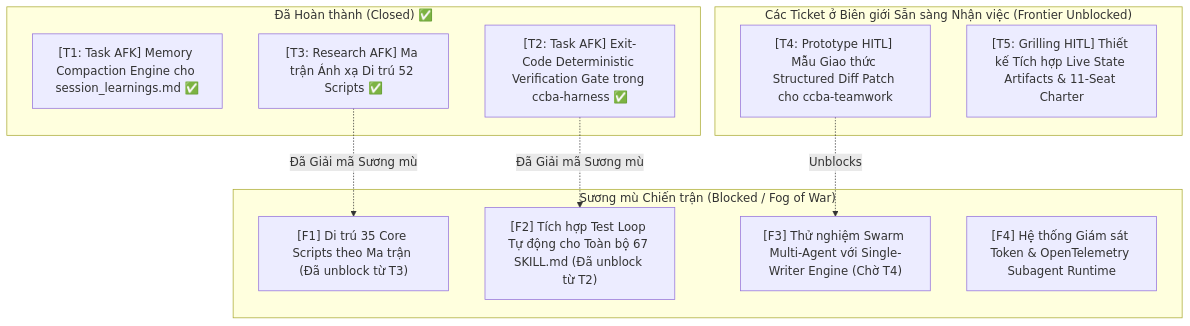
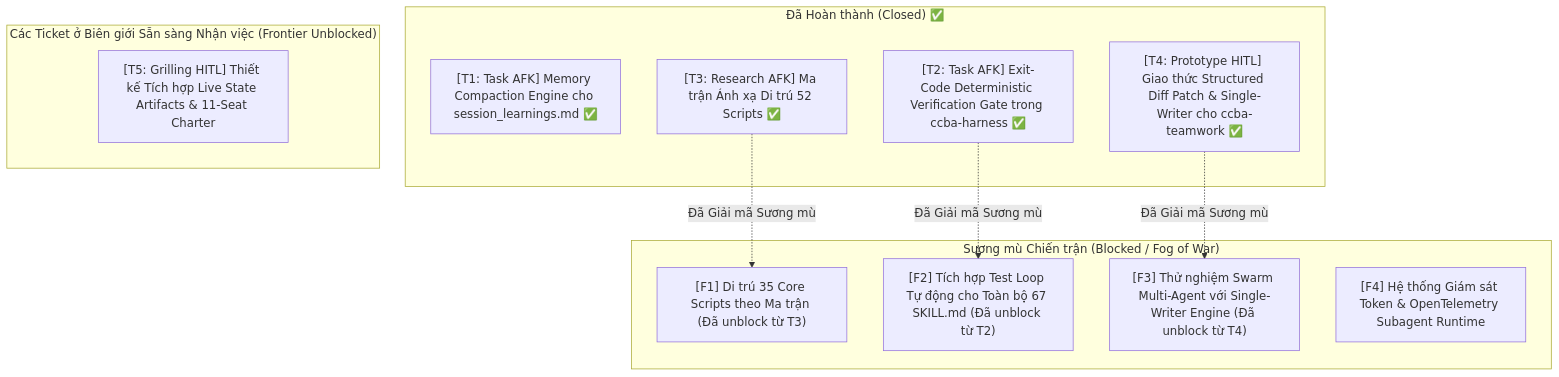
Before and after one commit to vvChu/ccba-agent-platform: the diagram in .md/wayfinder/ccba-upgrade-roadmap/map.md, drawn with Mermaid. The commit also changed other lines of this file and 3 other files, not shown here.

Commit message:
feat(teamwork): implement structured diff patch engine and single-writer protocol

````diff
--- a/.md/wayfinder/ccba-upgrade-roadmap/map.md
+++ b/.md/wayfinder/ccba-upgrade-roadmap/map.md
@@ -84,24 +89,24 @@
 ```mermaid
 flowchart TD
     subgraph Done ["Đã Hoàn thành (Closed) ✅"]
         T1["[T1: Task AFK] Memory Compaction Engine cho session_learnings.md ✅"]
         T2["[T2: Task AFK] Exit-Code Deterministic Verification Gate trong ccba-harness ✅"]
         T3["[T3: Research AFK] Ma trận Ánh xạ Di trú 52 Scripts ✅"]
+        T4["[T4: Prototype HITL] Giao thức Structured Diff Patch & Single-Writer cho ccba-teamwork ✅"]
     end
 
     subgraph Frontier ["Các Ticket ở Biên giới Sẵn sàng Nhận việc (Frontier Unblocked)"]
-        T4["[T4: Prototype HITL] Mẫu Giao thức Structured Diff Patch cho ccba-teamwork"]
         T5["[T5: Grilling HITL] Thiết kế Tích hợp Live State Artifacts & 11-Seat Charter"]
     end
 
     subgraph Fog ["Sương mù Chiến trận (Blocked / Fog of War)"]
         F1["[F1] Di trú 35 Core Scripts theo Ma trận (Đã unblock từ T3)"]
         F2["[F2] Tích hợp Test Loop Tự động cho Toàn bộ 67 SKILL.md (Đã unblock từ T2)"]
-        F3["[F3] Thử nghiệm Swarm Multi-Agent với Single-Writer Engine (Chờ T4)"]
+        F3["[F3] Thử nghiệm Swarm Multi-Agent với Single-Writer Engine (Đã unblock từ T4)"]
         F4["[F4] Hệ thống Giám sát Token & OpenTelemetry Subagent Runtime"]
     end
 
     T3 -.->|Đã Giải mã Sương mù| F1
     T2 -.->|Đã Giải mã Sương mù| F2
-    T4 -.->|Unblocks| F3
+    T4 -.->|Đã Giải mã Sương mù| F3
 ```
````
